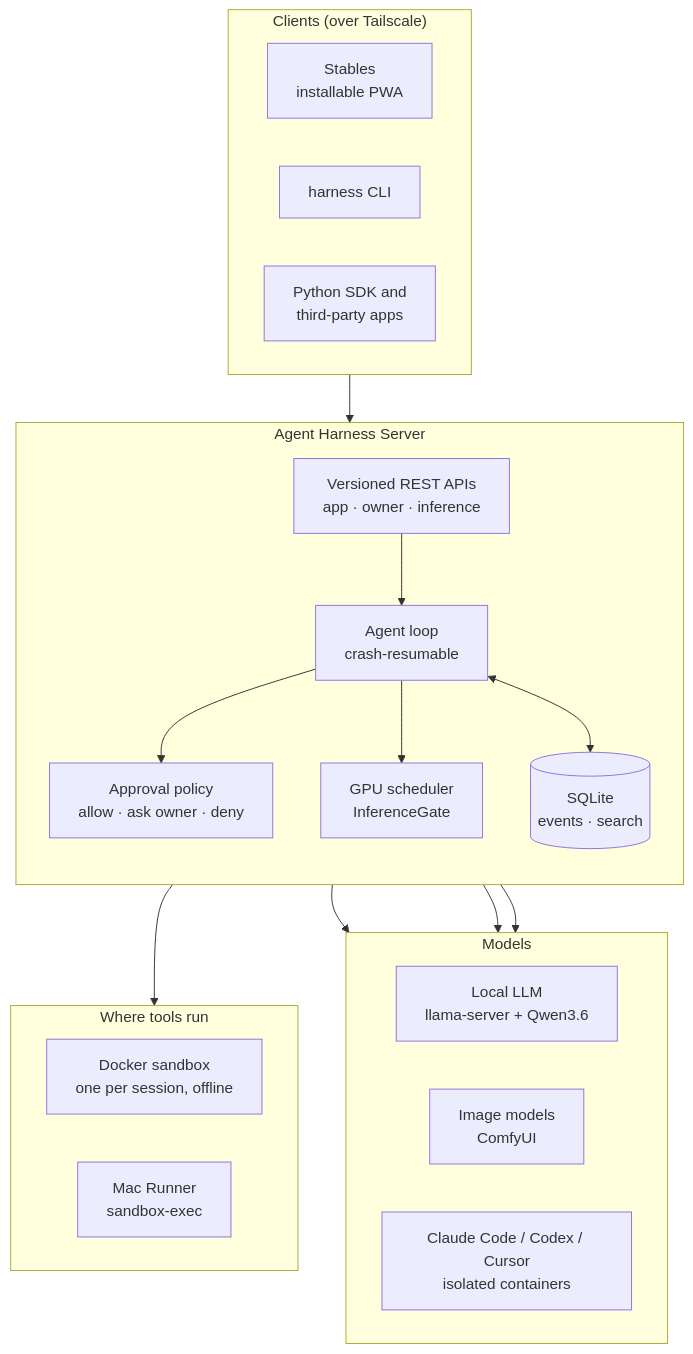
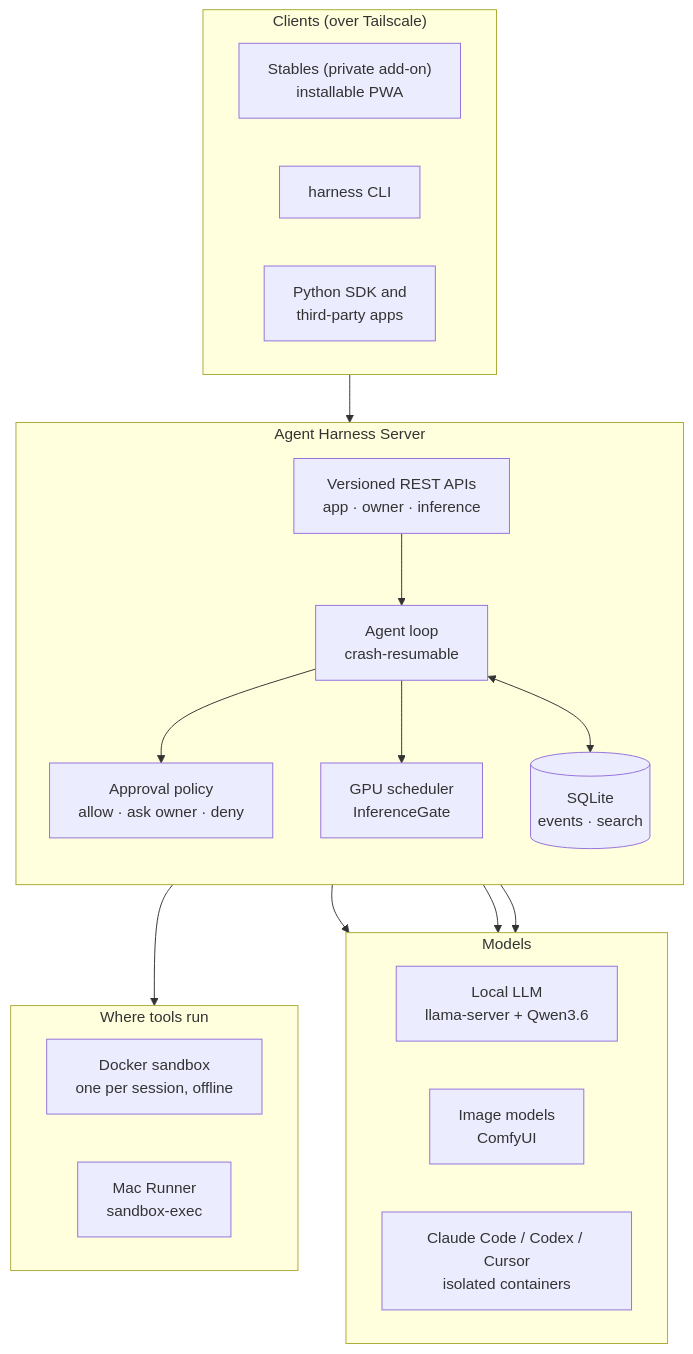
Before and after one commit to dflippojr/agent-harness: the first of 4 diagrams in README.md, drawn with Mermaid. The commit also changed other lines of this file and 4 other files, not shown here.

First line of the commit message:
Docs: Stables is the owner's private add-on; the install works without it

````diff
--- a/README.md
+++ b/README.md
@@ -32,41 +32,41 @@
 ```mermaid
 flowchart TB
     subgraph Clients["Clients (over Tailscale)"]
         direction LR
-        WEB["Stables<br/>installable PWA"]
+        WEB["Stables (private add-on)<br/>installable PWA"]
         CLI["harness CLI"]
         SDK["Python SDK and<br/>third-party apps"]
     end
 
     subgraph Server["Agent Harness Server"]
         direction TB
         API["Versioned REST APIs<br/>app · owner · inference"]
         LOOP["Agent loop<br/>crash-resumable"]
         DB[("SQLite<br/>events · search")]
         APPROVE["Approval policy<br/>allow · ask owner · deny"]
         GPU["GPU scheduler<br/>InferenceGate"]
         API --> LOOP
         LOOP --> APPROVE
         LOOP --> GPU
         LOOP <--> DB
     end
 
     subgraph Tools["Where tools run"]
         direction LR
         SBX["Docker sandbox<br/>one per session, offline"]
         MAC["Mac Runner<br/>sandbox-exec"]
     end
 
     subgraph Models["Models"]
         direction LR
         LLAMA["Local LLM<br/>llama-server + Qwen3.6"]
         COMFY["Image models<br/>ComfyUI"]
         HOSTED["Claude Code / Codex / Cursor<br/>isolated containers"]
     end
 
     Clients --> API
     APPROVE --> Tools
     GPU --> LLAMA
     GPU --> COMFY
     LOOP --> HOSTED
 ```
````
